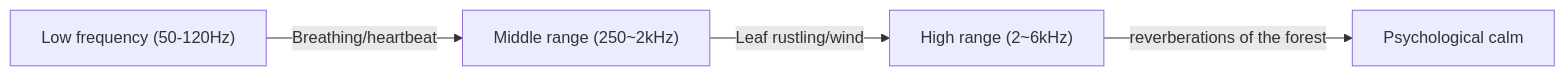
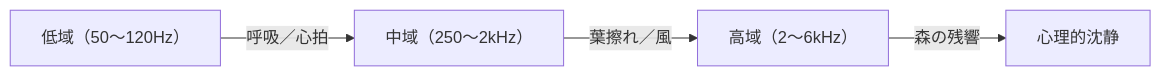
One commit to monumental-movement/monumental-movement.github.io changed the second of 2 diagrams in en/_posts/2025-10-27-column-recondite-forest.md. Above: the diagram before and after it, drawn with Mermaid. The commit also changed other lines of this file and 2196 other files, not shown here.

```diff
--- a/en/_posts/2025-10-27-column-recondite-forest.md
+++ b/en/_posts/2025-10-27-column-recondite-forest.md
@@ -154,8 +154,8 @@
 <div class="mermaid">
 
 graph LR
-    A["Low frequency (50-120Hz)"] -->|Breathing/heartbeat| B["Middle range (250~2kHz)"]
-    B -->|Leaf rustling/wind| C["High range (2~6kHz)"]
-    C -->|reverberations of the forest| D["Psychological calm"]
+    A["低域（50〜120Hz）"] -->|呼吸／心拍| B["中域（250〜2kHz）"]
+    B -->|葉擦れ／風| C["高域（2〜6kHz）"]
+    C -->|森の残響| D["心理的沈静"]
 
 </div>
```
